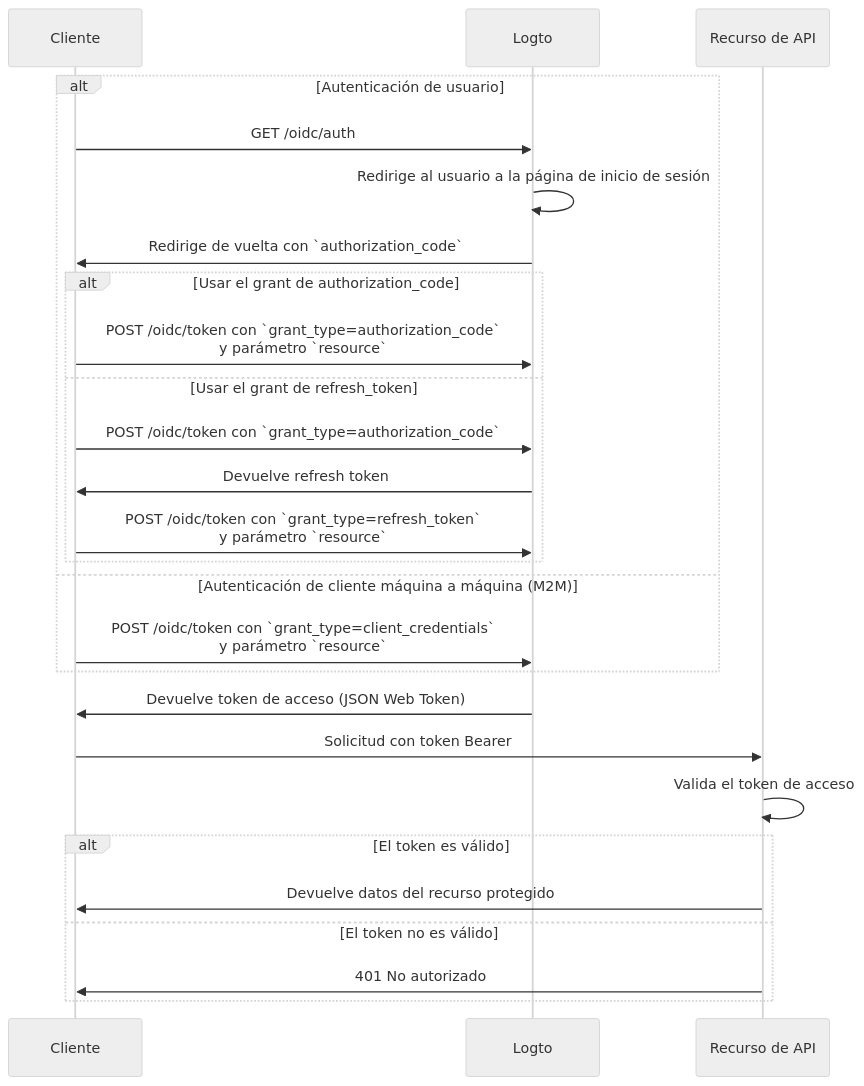
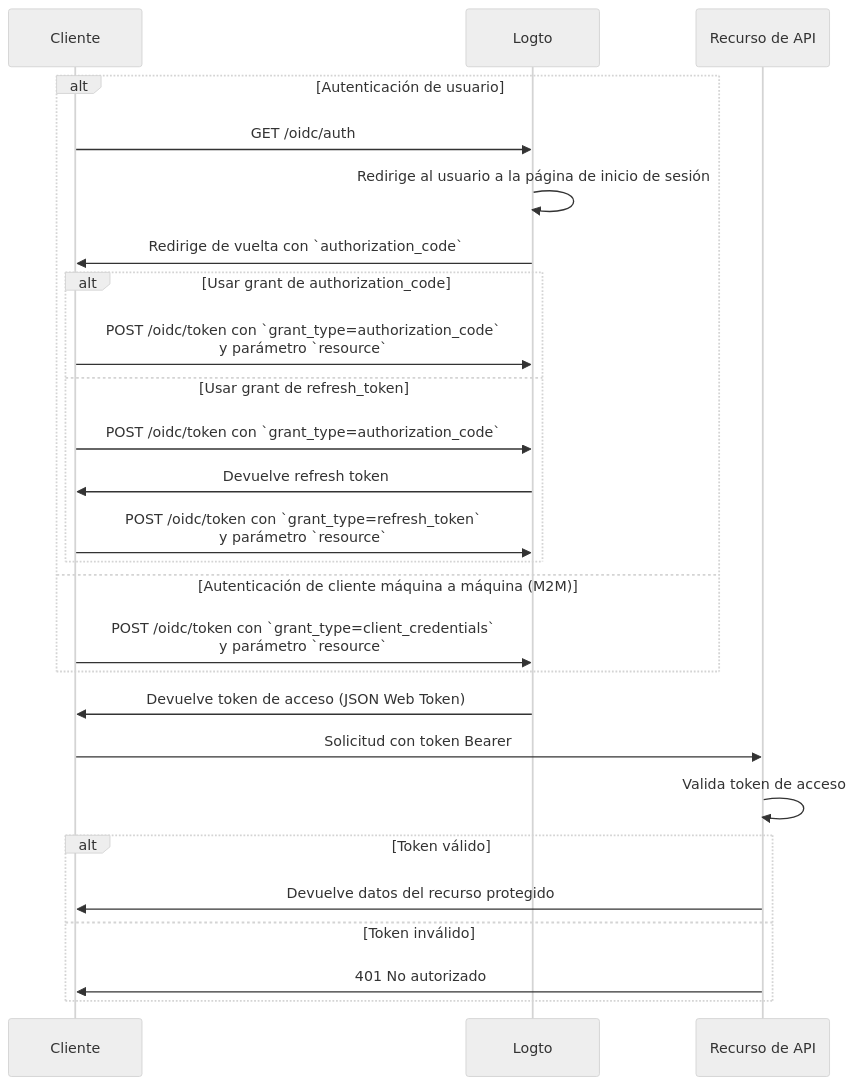
One commit to logto-io/docs changed the diagram in i18n/es/docusaurus-plugin-content-docs/current/authorization/global-api-resources.mdx. Above: the diagram before and after it, drawn with Mermaid (neutral theme). The commit also changed other lines of this file and 200 other files, not shown here.

````diff
--- a/i18n/es/docusaurus-plugin-content-docs/current/authorization/global-api-resources.mdx
+++ b/i18n/es/docusaurus-plugin-content-docs/current/authorization/global-api-resources.mdx
@@ -67,31 +67,31 @@
 ```mermaid
 sequenceDiagram
     participant Cliente
     participant Logto
     participant API as Recurso de API
 
     alt Autenticación de usuario
         Cliente->>Logto: GET /oidc/auth
         Logto->>Logto: Redirige al usuario a la página de inicio de sesión
         Logto->>Cliente: Redirige de vuelta con `authorization_code`
-        alt Usar el grant de authorization_code
+        alt Usar grant de authorization_code
             Cliente->>Logto: POST /oidc/token con `grant_type=authorization_code`<br/>y parámetro `resource`
-        else Usar el grant de refresh_token
+        else Usar grant de refresh_token
             Cliente->>Logto: POST /oidc/token con `grant_type=authorization_code`
             Logto->>Cliente: Devuelve refresh token
             Cliente->>Logto: POST /oidc/token con `grant_type=refresh_token`<br/>y parámetro `resource`
         end
     else Autenticación de cliente máquina a máquina (M2M)
         Cliente->>Logto: POST /oidc/token con `grant_type=client_credentials`<br/>y parámetro `resource`
     end
 
     Logto->>Cliente: Devuelve token de acceso (JSON Web Token)
     Cliente->>API: Solicitud con token Bearer
-    API->>API: Valida el token de acceso
+    API->>API: Valida token de acceso
 
-    alt El token es válido
+    alt Token válido
       API->>Cliente: Devuelve datos del recurso protegido
-    else El token no es válido
+    else Token inválido
       API->>Cliente: 401 No autorizado
     end
 ```
````
